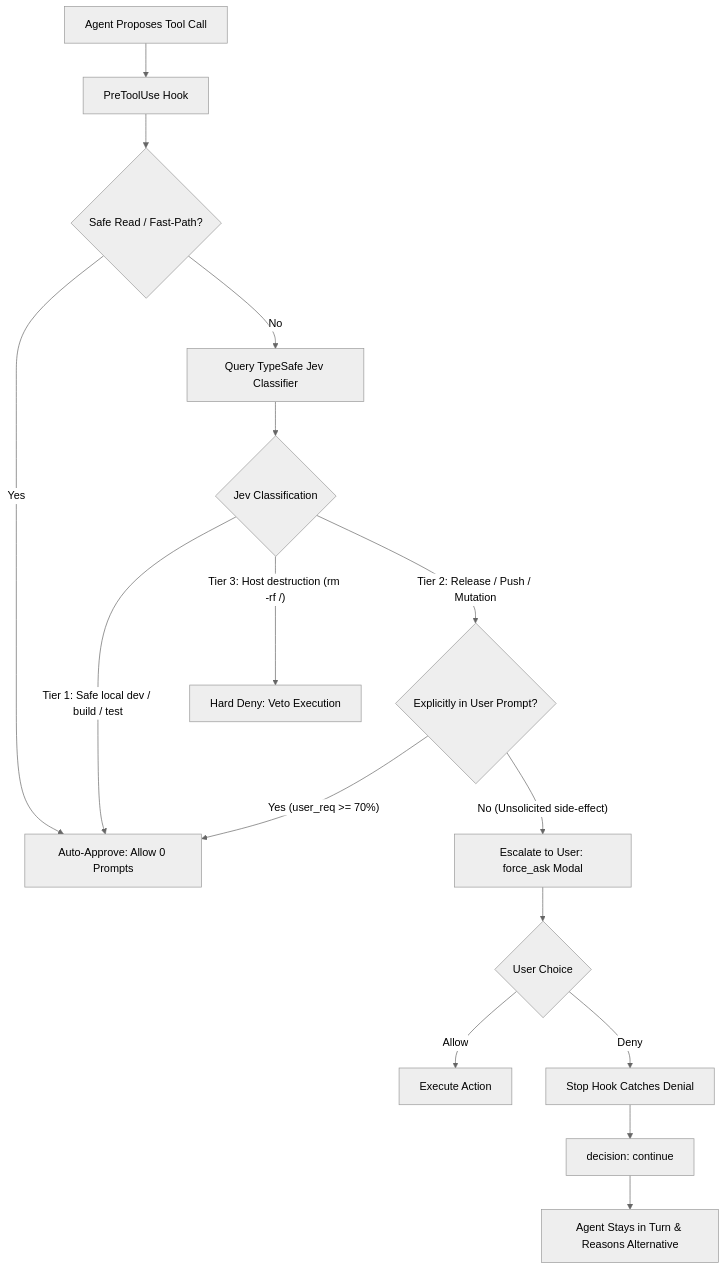
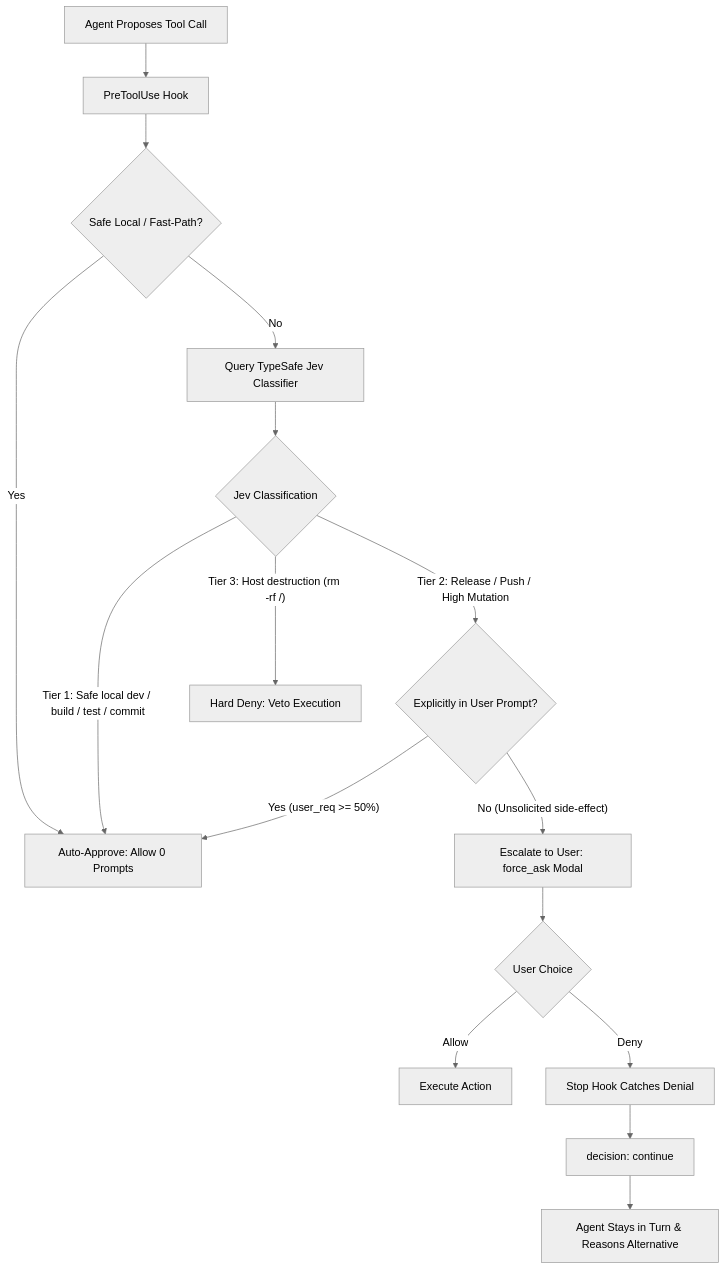
Before and after one commit to JJRPF/antigravity-auto-mode: the diagram in README.md, drawn with Mermaid (neutral theme). The commit also changed other lines of this file and 1 other file, not shown here.

Commit message:
fix: recalibrate auto-mode thresholds and add compound command overrides

````diff
--- a/README.md
+++ b/README.md
@@ -35,21 +35,21 @@
 ```mermaid
 flowchart TD
     A[Agent Proposes Tool Call] --> B[PreToolUse Hook]
-    B --> C{Safe Read / Fast-Path?}
+    B --> C{Safe Local / Fast-Path?}
     C -- Yes --> D[Auto-Approve: Allow 0 Prompts]
     C -- No --> E[Query TypeSafe Jev Classifier]
     
     E --> F{Jev Classification}
-    F -- "Tier 1: Safe local dev / build / test" --> D
+    F -- "Tier 1: Safe local dev / build / test / commit" --> D
     F -- "Tier 3: Host destruction (rm -rf /)" --> G[Hard Deny: Veto Execution]
-    F -- "Tier 2: Release / Push / Mutation" --> H{Explicitly in User Prompt?}
+    F -- "Tier 2: Release / Push / High Mutation" --> H{Explicitly in User Prompt?}
     
-    H -- "Yes (user_req >= 70%)" --> D
+    H -- "Yes (user_req >= 50%)" --> D
     H -- "No (Unsolicited side-effect)" --> I[Escalate to User: force_ask Modal]
     
     I --> J{User Choice}
     J -- Allow --> K[Execute Action]
     J -- Deny --> L[Stop Hook Catches Denial]
     L --> M[decision: continue]
     M --> N[Agent Stays in Turn & Reasons Alternative]
 ```
````
